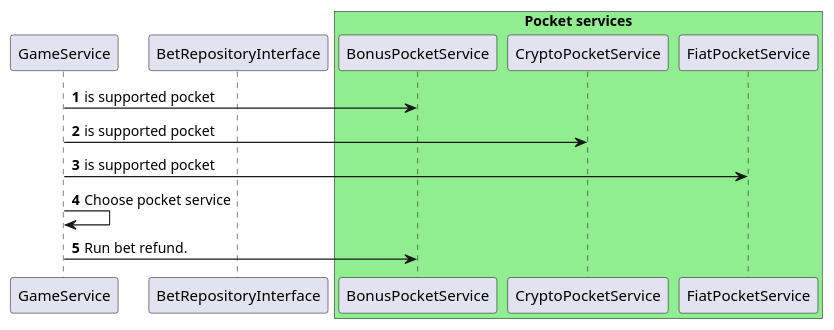
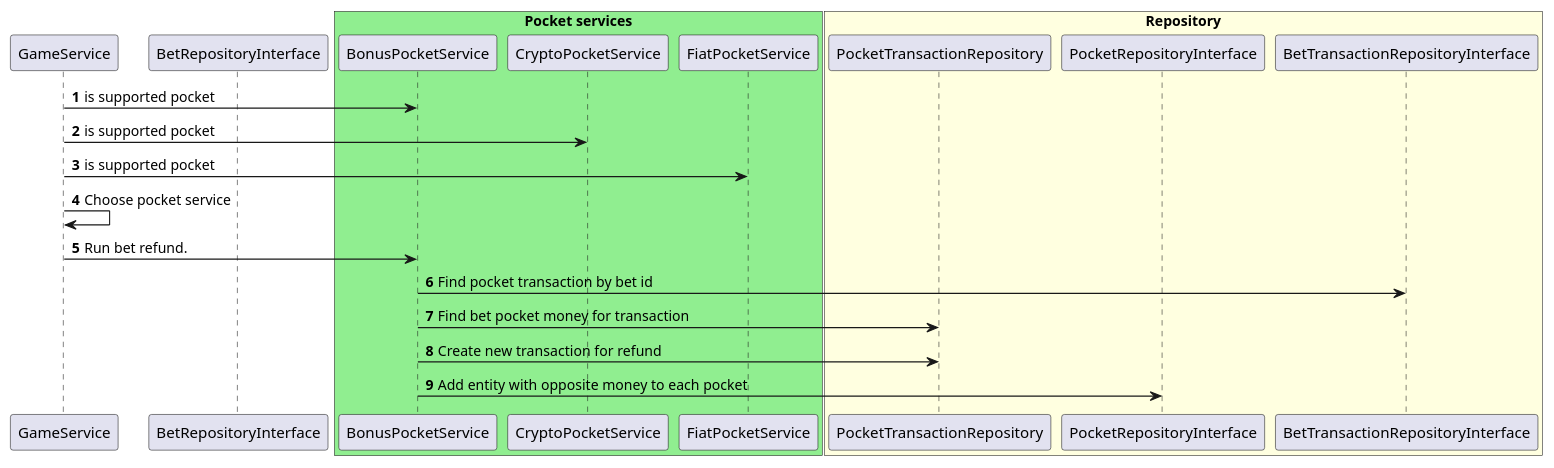
One commit to SukachVitally/test_game_pocket changed the diagram in docs/RefundSequenceDiagram.puml. Above: the diagram before and after it, drawn with PlantUML. The commit also changed 1 other file, not shown here.

```diff
--- a/docs/RefundSequenceDiagram.puml
+++ b/docs/RefundSequenceDiagram.puml
@@ -1,19 +1,29 @@
 @startuml
 'https://plantuml.com/sequence-diagram
 
 autonumber
 participant GameService as gs
 participant BetRepositoryInterface
 box "Pocket services" #LightGreen
     participant BonusPocketService
     participant CryptoPocketService
     participant FiatPocketService
 end box
 
+box "Repository" #LightYellow
+    participant PocketTransactionRepository
+    participant PocketRepositoryInterface
+    participant BetTransactionRepositoryInterface
+end box
+
 gs -> BonusPocketService: is supported pocket
 gs -> CryptoPocketService: is supported pocket
 gs -> FiatPocketService: is supported pocket
 gs -> gs: Choose pocket service
 gs -> BonusPocketService: Run bet refund.
+BonusPocketService -> BetTransactionRepositoryInterface: Find pocket transaction by bet id
+BonusPocketService -> PocketTransactionRepository: Find bet pocket money for transaction
+BonusPocketService -> PocketTransactionRepository: Create new transaction for refund
+BonusPocketService -> PocketRepositoryInterface: Add entity with opposite money to each pocket
 
 @enduml
```
